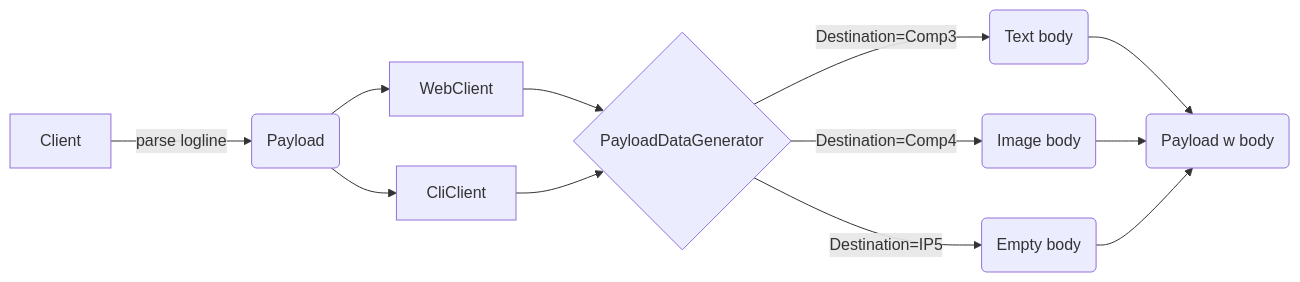
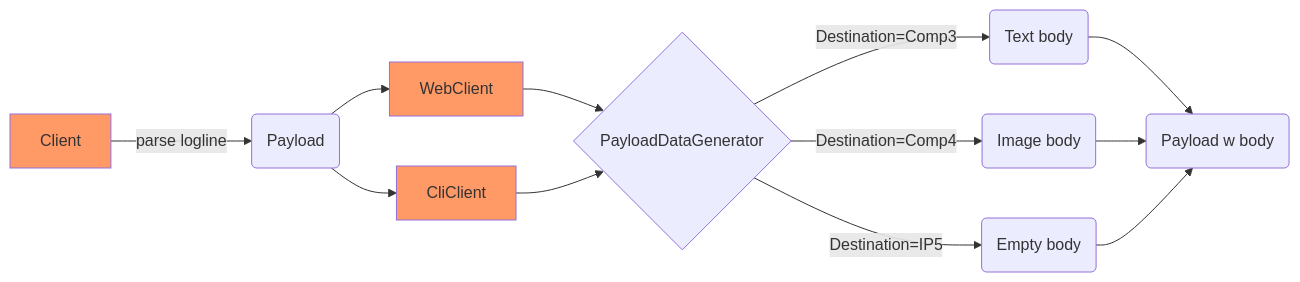
Before and after one commit to jaokim/inside-java-dumpster: the second of 2 diagrams in Client/readme.md, drawn with Mermaid. The commit also changed other lines of this file, not shown here.

````diff
--- a/Client/readme.md
+++ b/Client/readme.md
@@ -41,14 +51,18 @@
 ```mermaid
 flowchart LR
-    C[Client] -->|parse logline| P(Payload)
-    P --> WC[WebClient]
-    P --> CC[CliClient]
+    C[Client]:::project -->|parse logline| P(Payload)
+    P --> WC[WebClient]:::project
+    P --> CC[CliClient]:::project
     WC -->Dest{PayloadDataGenerator}
     CC -->Dest
     Dest --> |Destination=Comp3|TB("Text body")
     Dest --> |Destination=Comp4|IB("Image body")
     Dest --> |Destination=IP5|EB("Empty body")
     TB -->PL("Payload w body") 
     IB -->PL
-    EB -->PL 
+    EB -->PL
+  classDef project fill:#f96;
+  click WC "../WebClient"
+  click CC "../CliClient"
+  click Dest "src/main/java/inside/dumpster/client/impl/PayloadDataGenerator.java"
 ```
````
